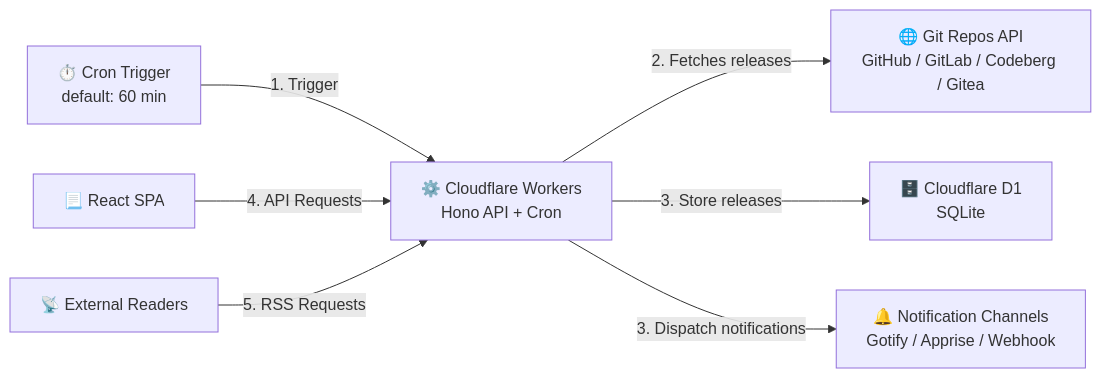
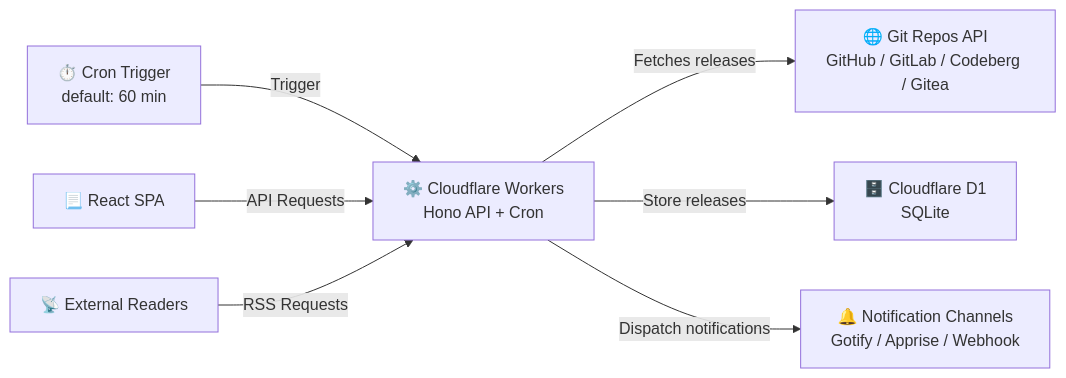
Before and after one commit to yonzilch/srrm: the diagram in README.md, drawn with Mermaid. The commit also changed 1 other file, not shown here.

Commit message:
docs: fix mermaid in README

````diff
--- a/README.md
+++ b/README.md
@@ -16,11 +16,11 @@
 ```mermaid
 flowchart LR
-    Cron[⏱️ Cron Trigger<br/>default: 60 min] -- 1. Trigger --> B[⚙️ Cloudflare Workers<br/>Hono API + Cron]
-    B -- 2. Fetches releases --> D[🌐 Git Repos API<br/>GitHub / GitLab / Codeberg / Gitea]
+    Cron[⏱️ Cron Trigger<br/>default: 60 min] -- Trigger --> B[⚙️ Cloudflare Workers<br/>Hono API + Cron]
+    B -- Fetches releases --> D[🌐 Git Repos API<br/>GitHub / GitLab / Codeberg / Gitea]
     
-    B -- 3. Store releases --> C[🗄️ Cloudflare D1<br/>SQLite]
-    B -- 3. Dispatch notifications --> E[🔔 Notification Channels<br/>Gotify / Apprise / Webhook]
+    B -- Store releases --> C[🗄️ Cloudflare D1<br/>SQLite]
+    B -- Dispatch notifications --> E[🔔 Notification Channels<br/>Gotify / Apprise / Webhook]
     
-    A[📃 React SPA] -- 4. API Requests --> B
-    F[📡 External Readers] -- 5. RSS Requests --> B
+    A[📃 React SPA] -- API Requests --> B
+    F[📡 External Readers] -- RSS Requests --> B
 ```
````
